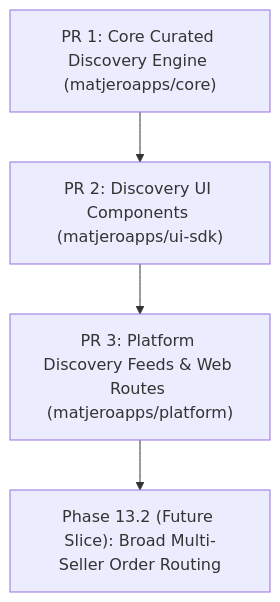
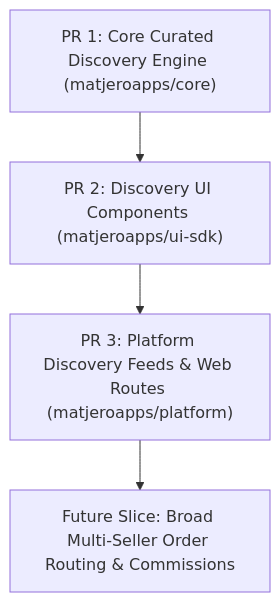
The diagram in docs/plans/2026-09-19-unified-marketplace-curated-discovery.md (matjeroapps/core), drawn with Mermaid before and after one commit. The commit also changed other lines of this file, not shown here.

Commit message:
docs(plan): update curated discovery plan based on architecture review

````diff
--- a/docs/plans/2026-09-19-unified-marketplace-curated-discovery.md
+++ b/docs/plans/2026-09-19-unified-marketplace-curated-discovery.md
@@ -220,6 +243,6 @@
 ```mermaid
 flowchart TD
     PR1["PR 1: Core Curated Discovery Engine (matjeroapps/core)"] --> PR2["PR 2: Discovery UI Components (matjeroapps/ui-sdk)"]
     PR2 --> PR3["PR 3: Platform Discovery Feeds & Web Routes (matjeroapps/platform)"]
-    PR3 --> SliceB["Phase 13.2 (Future Slice): Broad Multi-Seller Order Routing"]
+    PR3 --> SliceB["Future Slice: Broad Multi-Seller Order Routing & Commissions"]
 ```
````
